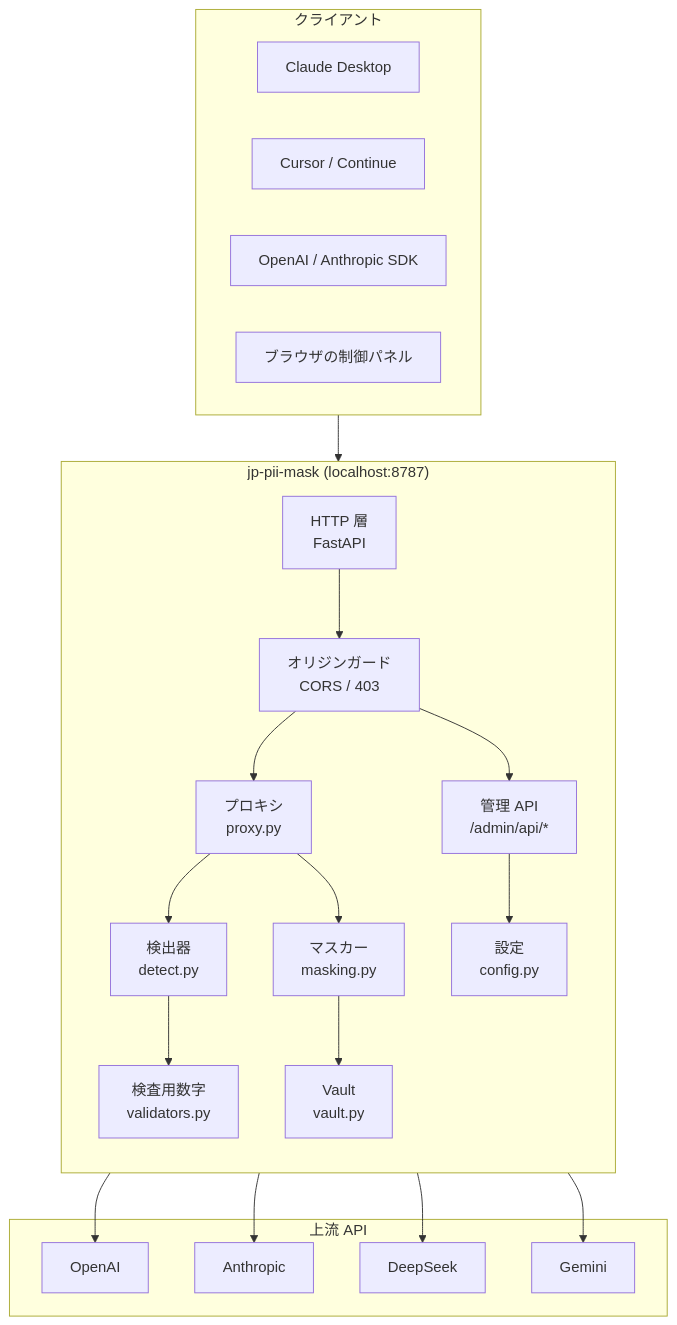
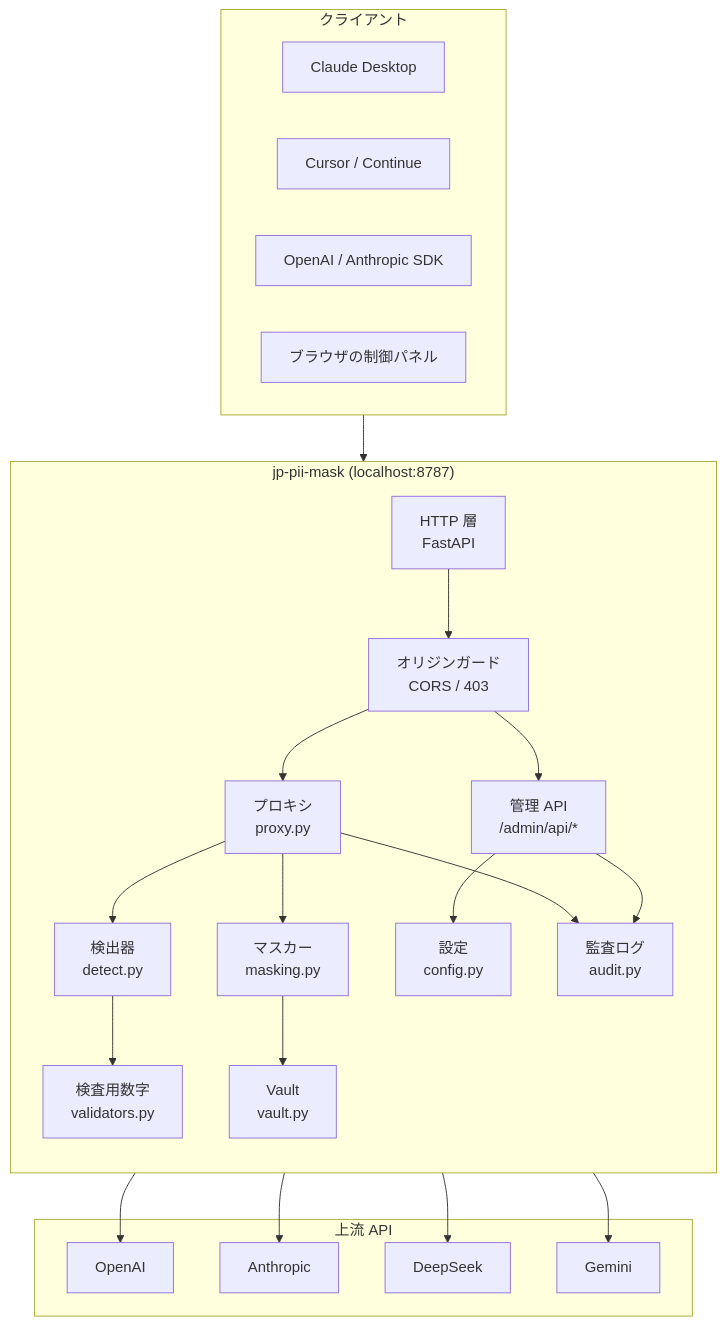
The diagram in docs/ARCHITECTURE.md (ametya/jp-pii-mask), drawn with Mermaid before and after one commit. The commit also changed other lines of this file and 24 other files, not shown here.

````diff
--- a/docs/ARCHITECTURE.md
+++ b/docs/ARCHITECTURE.md
@@ -9,40 +9,43 @@
 ```mermaid
 flowchart TB
     subgraph client["クライアント"]
         CD[Claude Desktop]
         CU[Cursor / Continue]
         SDK[OpenAI / Anthropic SDK]
         BR[ブラウザの制御パネル]
     end
 
     subgraph proxy["jp-pii-mask (localhost:8787)"]
         direction TB
         HD[HTTP 層<br/>FastAPI]
         GD[オリジンガード<br/>CORS / 403]
         ADM[管理 API<br/>/admin/api/*]
         PW[プロキシ<br/>proxy.py]
         DET[検出器<br/>detect.py]
         VAL[検査用数字<br/>validators.py]
         MSK[マスカー<br/>masking.py]
         VAU[Vault<br/>vault.py]
+        AUD[監査ログ<br/>audit.py]
         CFG[設定<br/>config.py]
     end
 
     subgraph up["上流 API"]
         OA[OpenAI]
         AN[Anthropic]
         DS[DeepSeek]
         GM[Gemini]
     end
 
     client --> HD
     HD --> GD
     GD --> ADM
     GD --> PW
     PW --> DET
     DET --> VAL
     PW --> MSK
     MSK --> VAU
     ADM --> CFG
+    PW --> AUD
+    ADM --> AUD
     PW --> OA & AN & DS & GM
 ```
````
